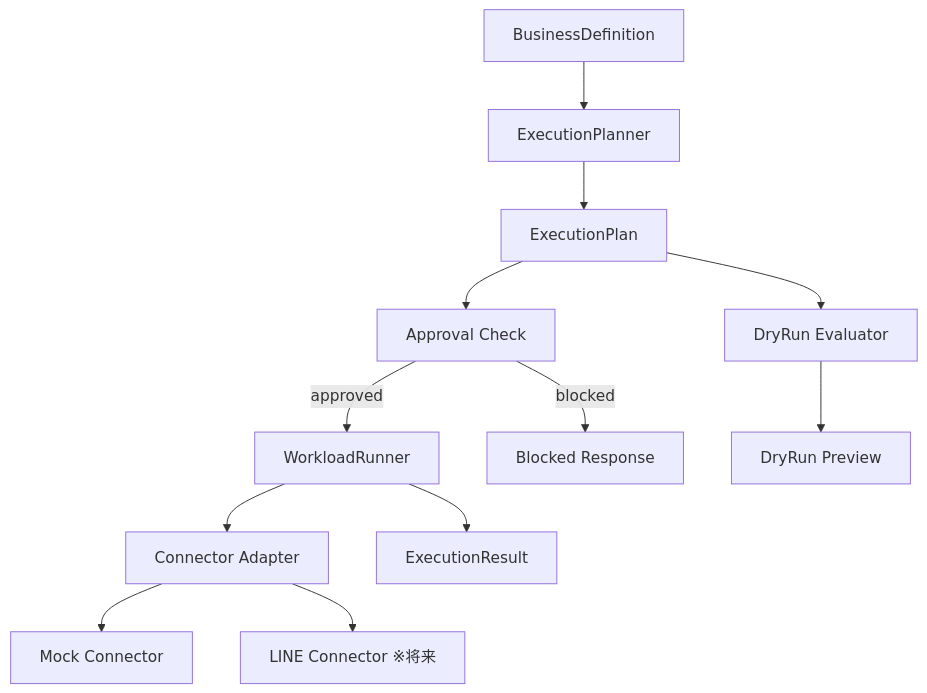
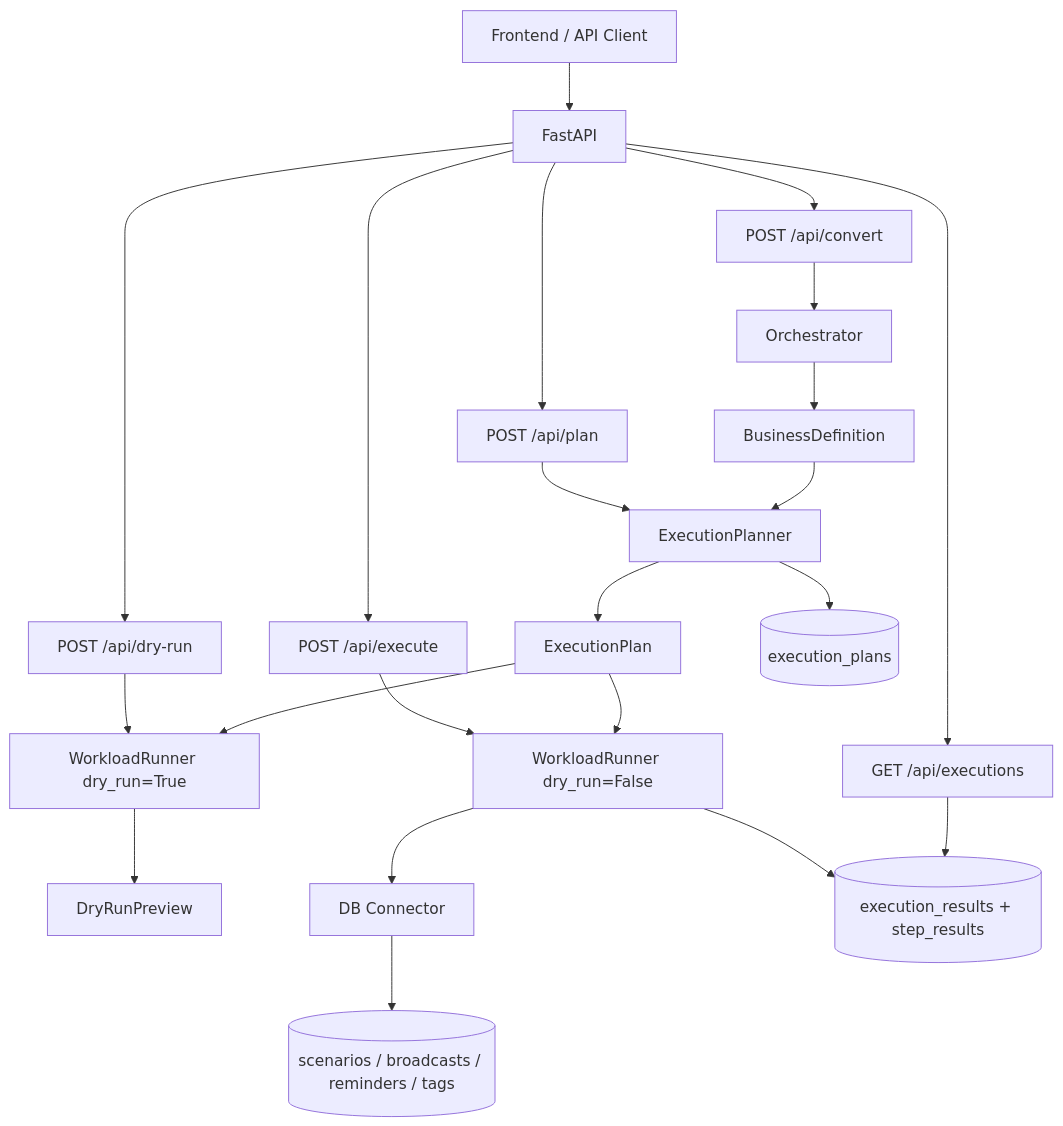
One commit to KazuakiWatanabe/agentic-bizflow changed the second of 3 diagrams in docs/README_architecture.md. Above: the diagram before and after it, drawn with Mermaid. The commit also changed other lines of this file and 39 other files, not shown here.

````diff
--- a/docs/README_architecture.md
+++ b/docs/README_architecture.md
@@ -192,16 +206,30 @@
 ```mermaid
 flowchart TB
-  BD[BusinessDefinition] --> EP[ExecutionPlanner]
-  EP --> PLAN[ExecutionPlan]
+    UI[Frontend / API Client] --> API[FastAPI]
 
-  PLAN --> DRY[DryRun Evaluator]
-  PLAN --> APPROVAL[Approval Check]
-  APPROVAL -->|approved| WR[WorkloadRunner]
-  APPROVAL -->|blocked| BLOCK[Blocked Response]
+    API --> CONVERT[POST /api/convert]
+    API --> PLAN_EP[POST /api/plan]
+    API --> DRYRUN_EP[POST /api/dry-run]
+    API --> EXEC_EP[POST /api/execute]
+    API --> HISTORY_EP[GET /api/executions]
 
-  WR --> CA[Connector Adapter]
-  CA --> MC[Mock Connector]
-  CA --> LINE[LINE Connector ※将来]
-  WR --> ER[ExecutionResult]
-  DRY --> PREVIEW[DryRun Preview]
+    CONVERT --> ORCH[Orchestrator]
+    ORCH --> BD[BusinessDefinition]
+
+    PLAN_EP --> EP[ExecutionPlanner]
+    BD --> EP
+    EP --> PLAN[ExecutionPlan]
+    EP --> DB_PLAN[(execution_plans)]
+
+    DRYRUN_EP --> WR_DRY[WorkloadRunner dry_run=True]
+    PLAN --> WR_DRY
+    WR_DRY --> PREVIEW[DryRunPreview]
+
+    EXEC_EP --> WR[WorkloadRunner dry_run=False]
+    PLAN --> WR
+    WR --> CONN[DB Connector]
+    CONN --> DB_DOMAIN[(scenarios / broadcasts / reminders / tags)]
+    WR --> DB_RESULT[(execution_results + step_results)]
+
+    HISTORY_EP --> DB_RESULT
 ```
````
